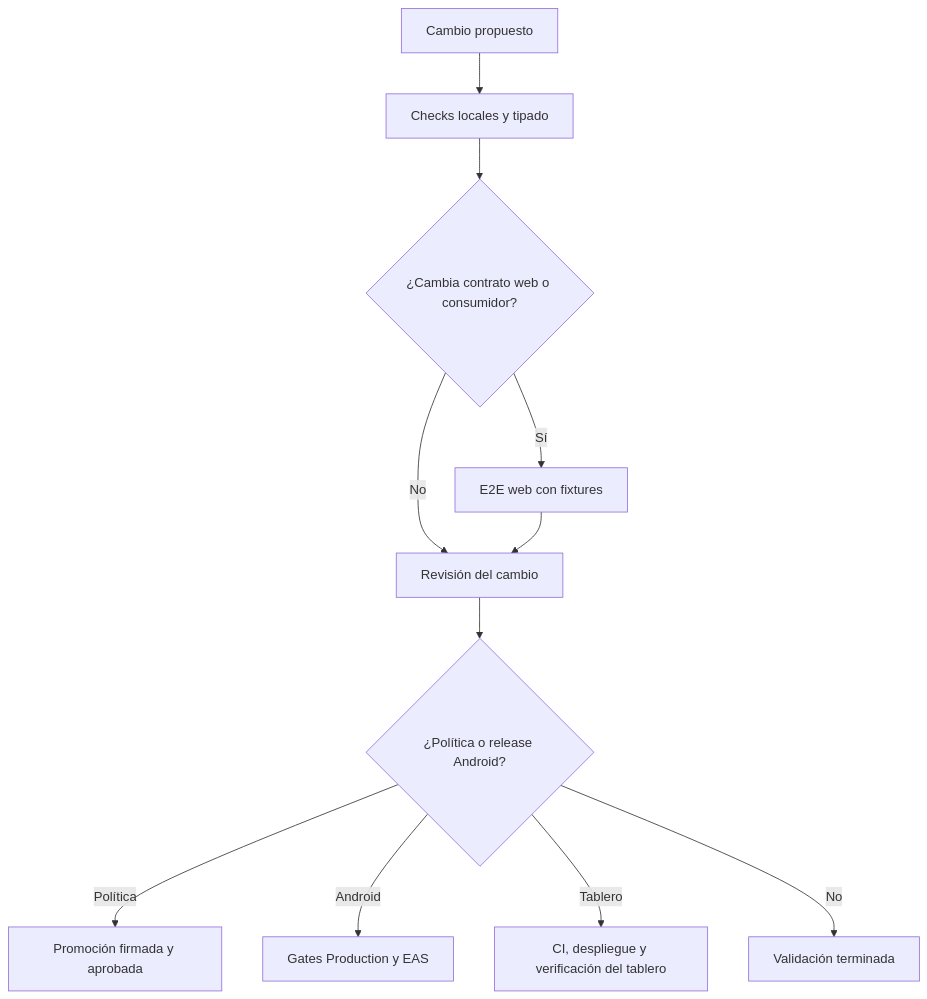
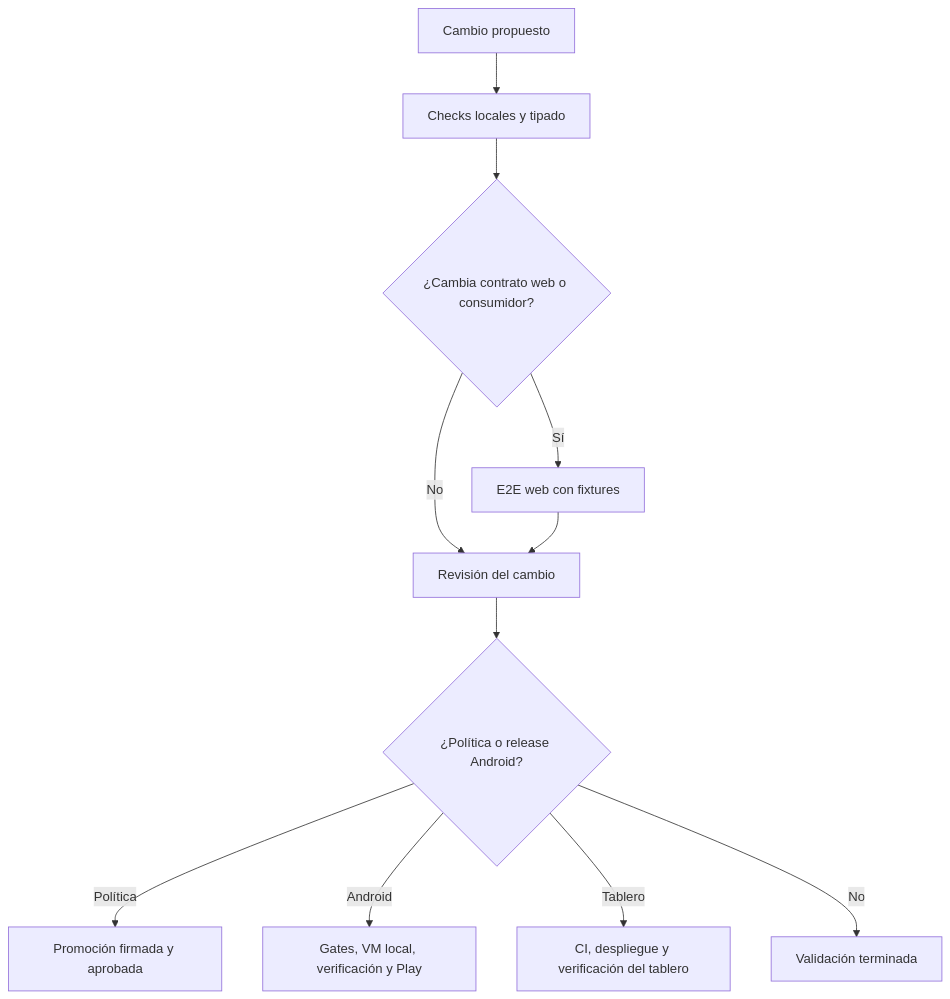
The first of 5 diagrams in openwiki/operations/build-release-and-testing.md (maximofn/gymnasia), drawn with Mermaid before and after one commit. The commit also changed other lines of this file and 24 other files, not shown here.

First line of the commit message:
docs(openwiki): document GYM-226 (ticket para automatizar la subida a Google Play) release flow

````diff
--- a/openwiki/operations/build-release-and-testing.md
+++ b/openwiki/operations/build-release-and-testing.md
@@ -94,13 +108,13 @@
 ```mermaid
 flowchart TD
     Change["Cambio propuesto"] --> Local["Checks locales y tipado"]
     Local --> Scope{"¿Cambia contrato web o consumidor?"}
     Scope -->|"Sí"| Web["E2E web con fixtures"]
     Scope -->|"No"| Review["Revisión del cambio"]
     Web --> Review
     Review --> Sensitive{"¿Política o release Android?"}
     Sensitive -->|"Política"| Signed["Promoción firmada y aprobada"]
-    Sensitive -->|"Android"| Release["Gates Production y EAS"]
+    Sensitive -->|"Android"| Release["Gates, VM local, verificación y Play"]
     Sensitive -->|"Tablero"| Board["CI, despliegue y verificación del tablero"]
     Sensitive -->|"No"| Done["Validación terminada"]
 ```
````
